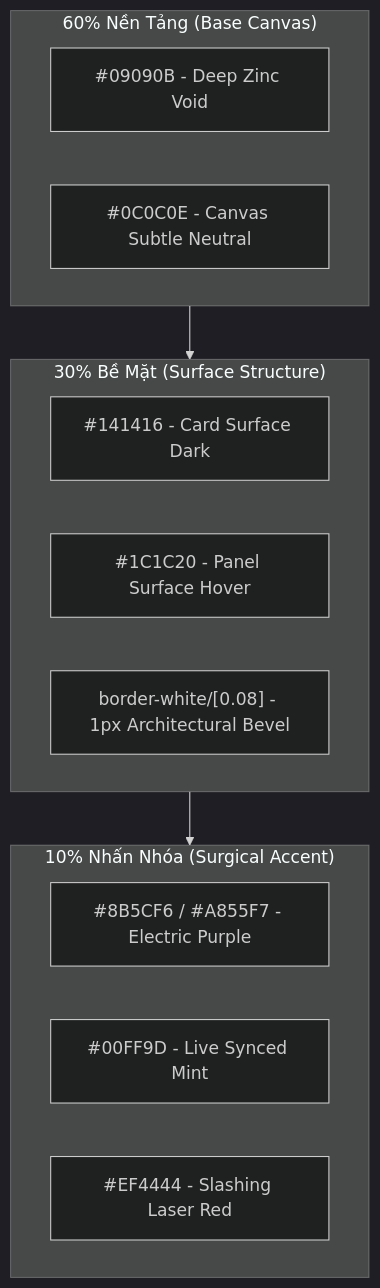
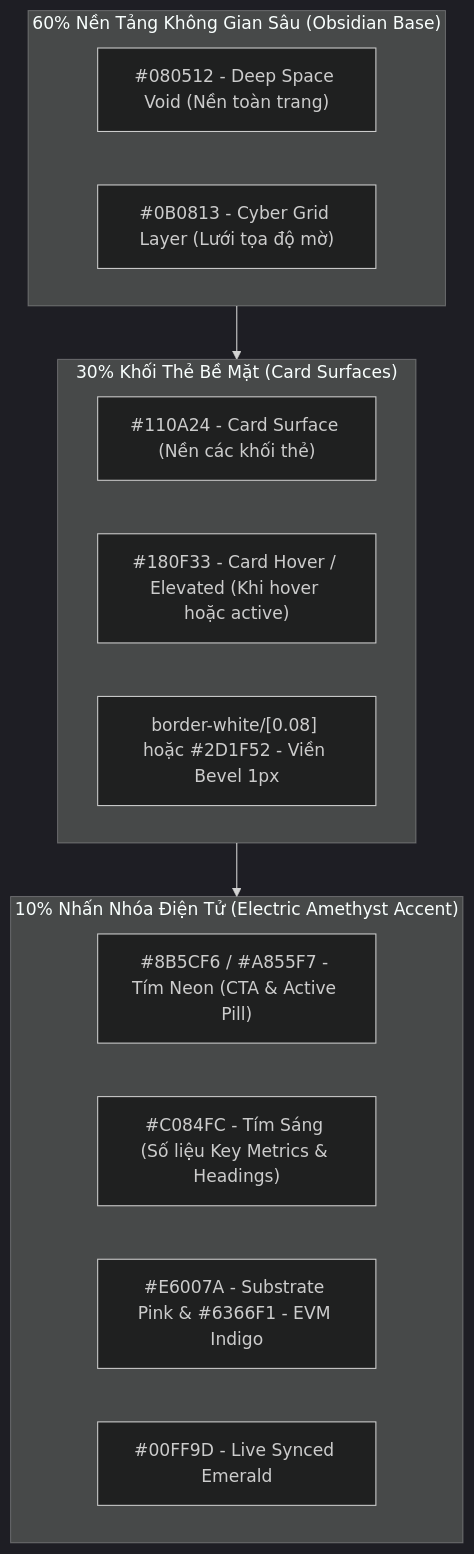
One commit to DanhCaTuanNgoc/DotNexus changed the first of 2 diagrams in ZEABUR_UI_UX_ANALYSIS_AND_IMPROVEMENT_PLAN.md. Above: the diagram before and after it, drawn with Mermaid (dark theme). The commit also changed other lines of this file, not shown here.

Commit message:
docs(plan): refine Zeabur UI/UX enhancement plan focused exclusively on LandingPage.tsx with purple theme

````diff
--- a/ZEABUR_UI_UX_ANALYSIS_AND_IMPROVEMENT_PLAN.md
+++ b/ZEABUR_UI_UX_ANALYSIS_AND_IMPROVEMENT_PLAN.md
@@ -44,18 +38,19 @@
 ```mermaid
 flowchart TD
-    subgraph Color60["60% Nền Tảng (Base Canvas)"]
-        B1["#09090B - Deep Zinc Void"]
-        B2["#0C0C0E - Canvas Subtle Neutral"]
+    subgraph Base60["60% Nền Tảng Không Gian Sâu (Obsidian Base)"]
+        B1["#080512 - Deep Space Void (Nền toàn trang)"]
+        B2["#0B0813 - Cyber Grid Layer (Lưới tọa độ mờ)"]
     end
-    subgraph Color30["30% Bề Mặt (Surface Structure)"]
-        S1["#141416 - Card Surface Dark"]
-        S2["#1C1C20 - Panel Surface Hover"]
-        S3["border-white/[0.08] - 1px Architectural Bevel"]
+    subgraph Surface30["30% Khối Thẻ Bề Mặt (Card Surfaces)"]
+        S1["#110A24 - Card Surface (Nền các khối thẻ)"]
+        S2["#180F33 - Card Hover / Elevated (Khi hover hoặc active)"]
+        S3["border-white/[0.08] hoặc #2D1F52 - Viền Bevel 1px"]
     end
-    subgraph Color10["10% Nhấn Nhóa (Surgical Accent)"]
-        A1["#8B5CF6 / #A855F7 - Electric Purple"]
-        A2["#00FF9D - Live Synced Mint"]
-        A3["#EF4444 - Slashing Laser Red"]
+    subgraph Accent10["10% Nhấn Nhóa Điện Tử (Electric Amethyst Accent)"]
+        A1["#8B5CF6 / #A855F7 - Tím Neon (CTA & Active Pill)"]
+        A2["#C084FC - Tím Sáng (Số liệu Key Metrics & Headings)"]
+        A3["#E6007A - Substrate Pink & #6366F1 - EVM Indigo"]
+        A4["#00FF9D - Live Synced Emerald"]
     end
-    Color60 --> Color30 --> Color10
+    Base60 --> Surface30 --> Accent10
 ```
````
